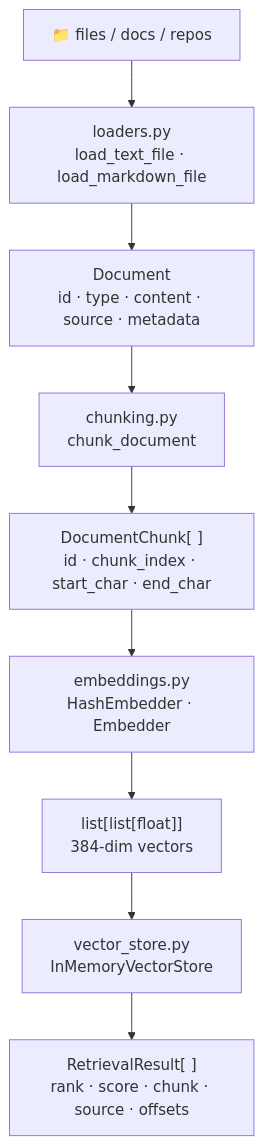
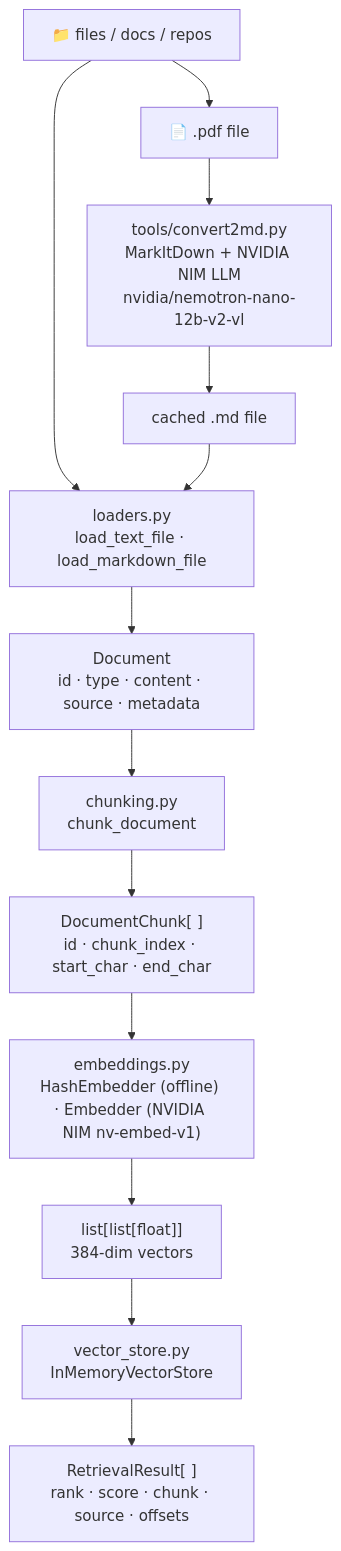
Before and after one commit to mouadja02/nvader: the diagram in docs/architecture.md, drawn with Mermaid. The commit also changed other lines of this file and 15 other files, not shown here.

````diff
--- a/docs/architecture.md
+++ b/docs/architecture.md
@@ -133,27 +157,35 @@
 ```mermaid
 flowchart TD
     A["📁 files / docs / repos"] --> B
+    A --> PDF
+
+    PDF["📄 .pdf file"]
+    PDF --> CONV
+
+    CONV["tools/convert2md.py\nMarkItDown + NVIDIA NIM LLM\nnvidia/nemotron-nano-12b-v2-vl"]
+    CONV --> CACHE["cached .md file"]
+    CACHE --> B
 
     B["loaders.py\nload_text_file · load_markdown_file"]
     B --> C
 
     C["Document\nid · type · content · source · metadata"]
     C --> D
 
     D["chunking.py\nchunk_document"]
     D --> E
 
     E["DocumentChunk[ ]\nid · chunk_index · start_char · end_char"]
     E --> F
 
-    F["embeddings.py\nHashEmbedder · Embedder"]
+    F["embeddings.py\nHashEmbedder (offline) · Embedder (NVIDIA NIM nv-embed-v1)"]
     F --> G
 
     G["list[list[float]]\n384-dim vectors"]
     G --> H
 
     H["vector_store.py\nInMemoryVectorStore"]
     H --> I
 
     I["RetrievalResult[ ]\nrank · score · chunk · source · offsets"]
 ```
````
